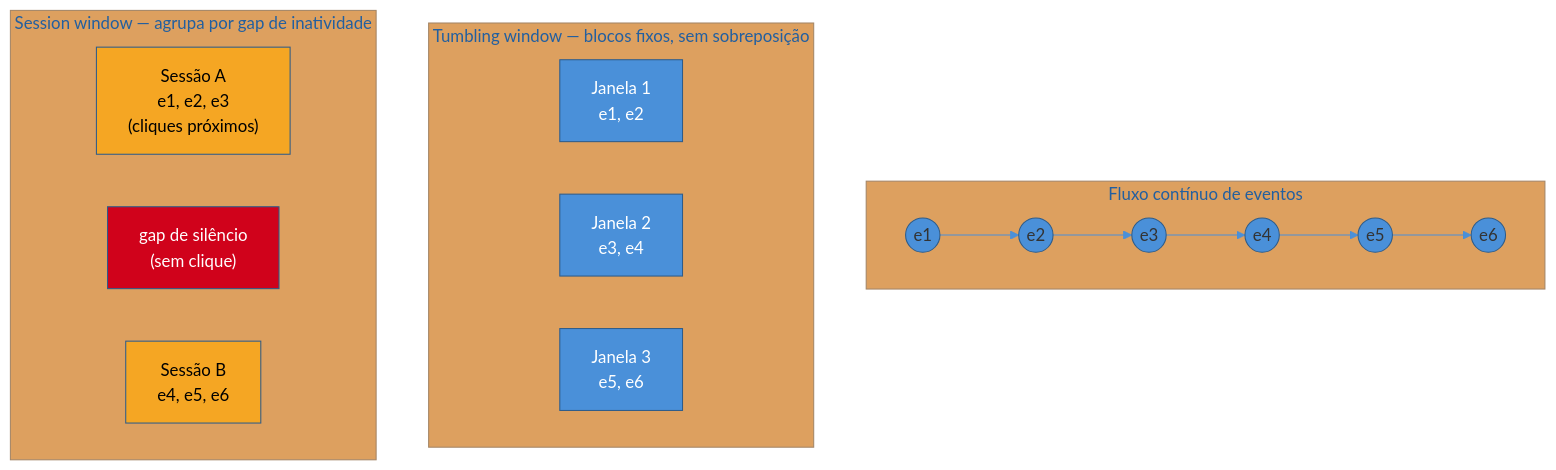
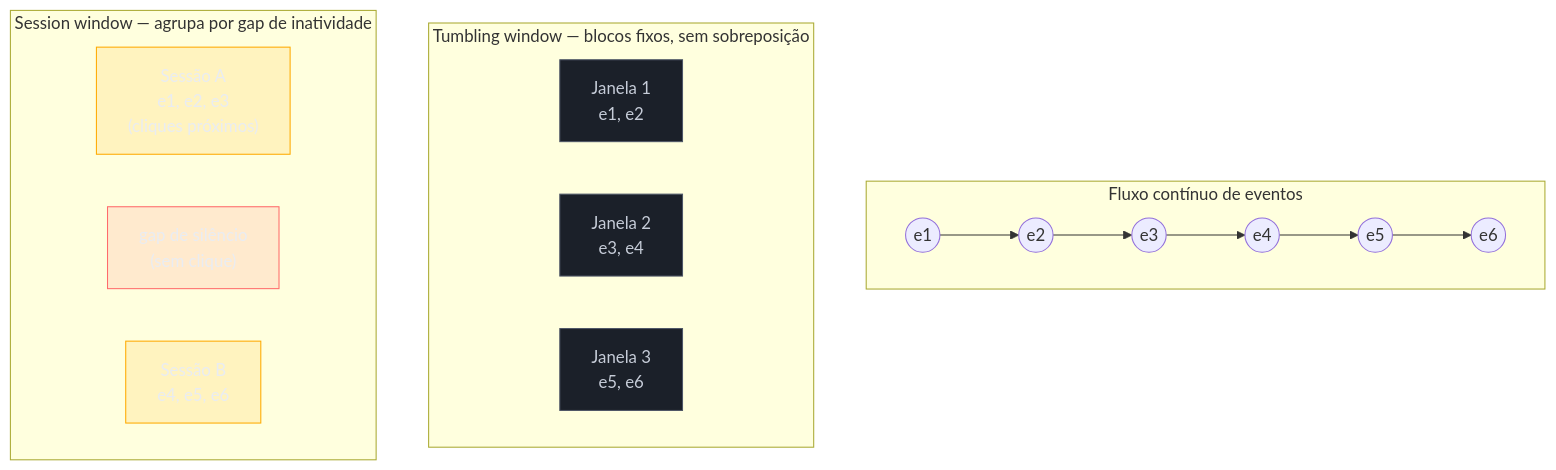
The first of 2 diagrams in 03-Dominios/Engenharia/Dados/3 - Pipelines - movimentação e transformação/05 - Dados em movimento.md (josenaldo/codex-technomanticus), drawn with Mermaid before and after one commit. The commit also changed other lines of this file and 1181 other files, not shown here.

First line of the commit message:
fix(diagramas): paleta do sistema no lugar de cor cravada no markdown

````diff
--- a/03-Dominios/Engenharia/Dados/3 - Pipelines - movimentação e transformação/05 - Dados em movimento.md
+++ b/03-Dominios/Engenharia/Dados/3 - Pipelines - movimentação e transformação/05 - Dados em movimento.md
@@ -95,26 +95,28 @@
 ```mermaid
-%%{init: {"theme": "base", "themeVariables": {"primaryColor": "#4A90D9", "primaryBorderColor": "#2E5C8A", "lineColor": "#4A90D9"}}}%%
 graph TB
+    classDef neutro fill:#1B2029,stroke:#4E5666,color:#C6CCD8
+    classDef destaque fill:#FFAA0024,stroke:#FFAA00,color:#E9ECF2
+    classDef falha fill:#FF6B6B24,stroke:#FF6B6B,color:#E9ECF2
     subgraph Stream["Fluxo contínuo de eventos"]
         E1(("e1")) --> E2(("e2")) --> E3(("e3")) --> E4(("e4")) --> E5(("e5")) --> E6(("e6"))
     end
 
     subgraph Tumbling["Tumbling window — blocos fixos, sem sobreposição"]
         T1["Janela 1<br/>e1, e2"]
         T2["Janela 2<br/>e3, e4"]
         T3["Janela 3<br/>e5, e6"]
     end
 
     subgraph Session["Session window — agrupa por gap de inatividade"]
         S1["Sessão A<br/>e1, e2, e3<br/>(cliques próximos)"]
         Gap["gap de silêncio<br/>(sem clique)"]
         S2["Sessão B<br/>e4, e5, e6"]
     end
 
-    style T1 fill:#4A90D9,color:#fff
-    style T2 fill:#4A90D9,color:#fff
-    style T3 fill:#4A90D9,color:#fff
-    style S1 fill:#F5A623,color:#000
-    style S2 fill:#F5A623,color:#000
-    style Gap fill:#D0021B,color:#fff
+    class T1 neutro
+    class T2 neutro
+    class T3 neutro
+    class S1 destaque
+    class S2 destaque
+    class Gap falha
 ```
````
